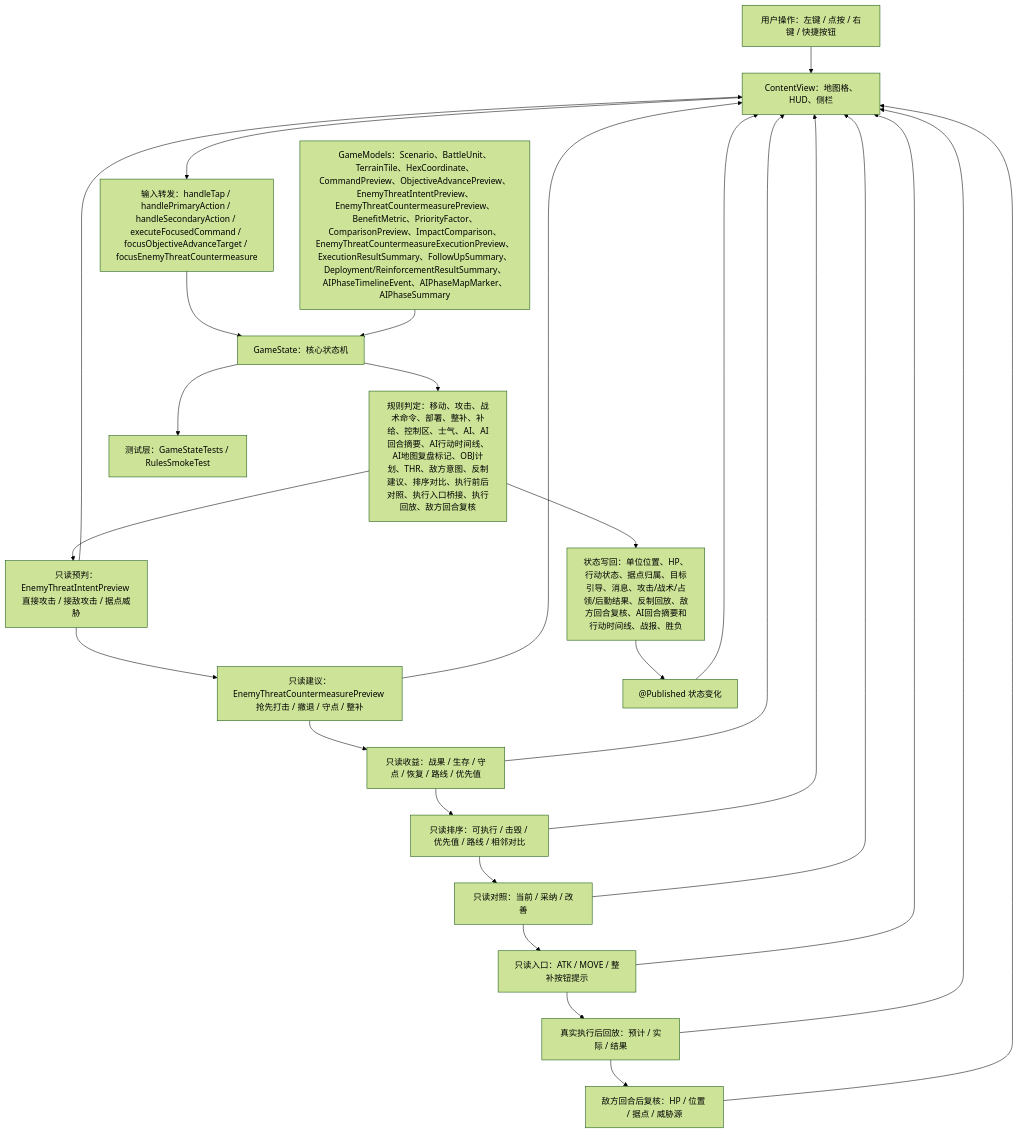
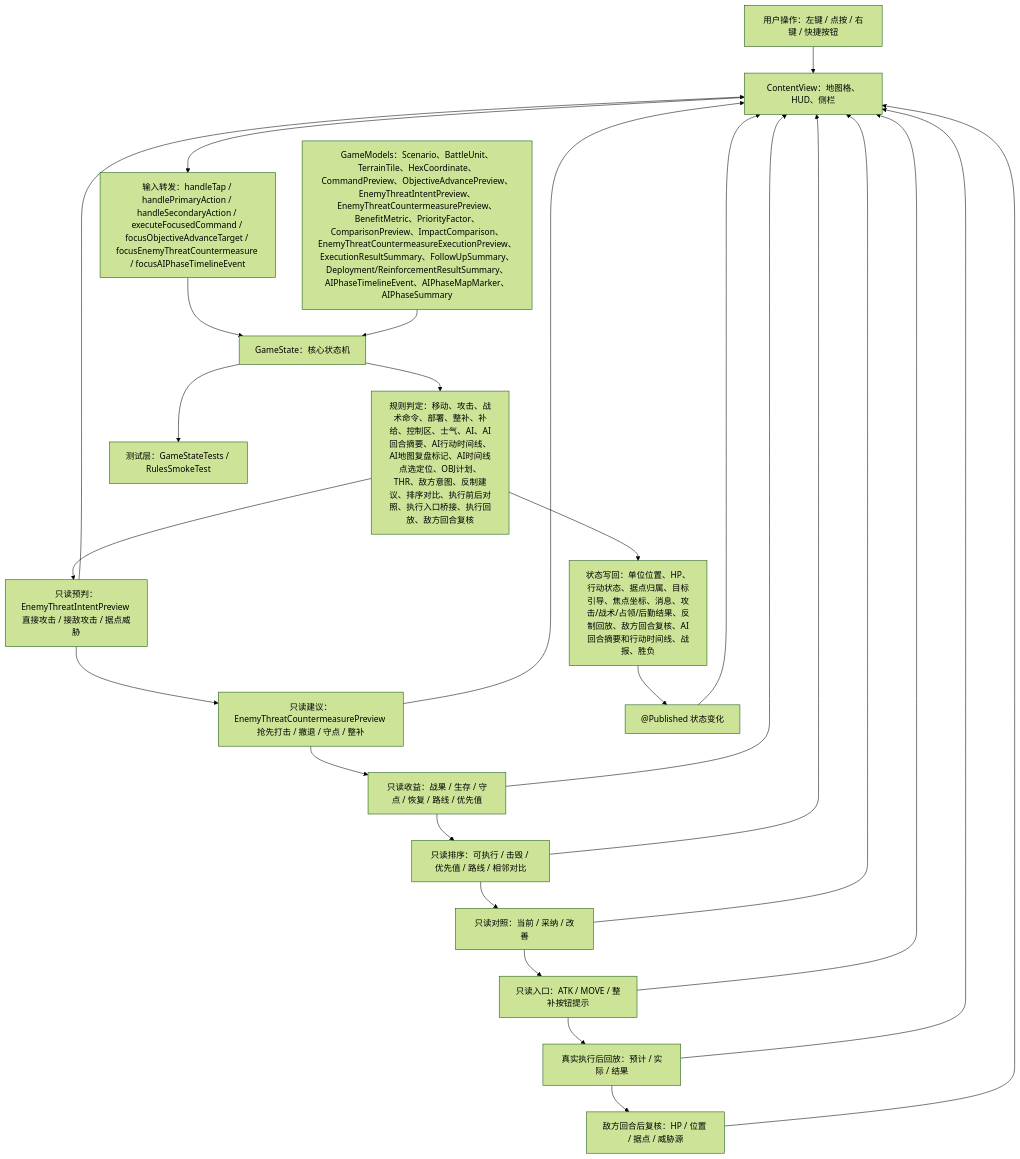
Before and after one commit to Altman-sam114/116: the first of 5 diagrams in md/flow/flowchart.md, drawn with Mermaid (forest theme). The commit also changed other lines of this file and 9 other files, not shown here.

````diff
--- a/md/flow/flowchart.md
+++ b/md/flow/flowchart.md
@@ -9,28 +9,28 @@
 ```mermaid
 flowchart TD
   U["用户操作：左键 / 点按 / 右键 / 快捷按钮"] --> V["ContentView：地图格、HUD、侧栏"]
-  V --> I["输入转发：handleTap / handlePrimaryAction / handleSecondaryAction / executeFocusedCommand / focusObjectiveAdvanceTarget / focusEnemyThreatCountermeasure"]
+  V --> I["输入转发：handleTap / handlePrimaryAction / handleSecondaryAction / executeFocusedCommand / focusObjectiveAdvanceTarget / focusEnemyThreatCountermeasure / focusAIPhaseTimelineEvent"]
   I --> S["GameState：核心状态机"]
   M["GameModels：Scenario、BattleUnit、TerrainTile、HexCoordinate、CommandPreview、ObjectiveAdvancePreview、EnemyThreatIntentPreview、EnemyThreatCountermeasurePreview、BenefitMetric、PriorityFactor、ComparisonPreview、ImpactComparison、EnemyThreatCountermeasureExecutionPreview、ExecutionResultSummary、FollowUpSummary、Deployment/ReinforcementResultSummary、AIPhaseTimelineEvent、AIPhaseMapMarker、AIPhaseSummary"] --> S
-  S --> R["规则判定：移动、攻击、战术命令、部署、整补、补给、控制区、士气、AI、AI回合摘要、AI行动时间线、AI地图复盘标记、OBJ计划、THR、敌方意图、反制建议、排序对比、执行前后对照、执行入口桥接、执行回放、敌方回合复核"]
-  R --> W["状态写回：单位位置、HP、行动状态、据点归属、目标引导、消息、攻击/战术/占领/后勤结果、反制回放、敌方回合复核、AI回合摘要和行动时间线、战报、胜负"]
+  S --> R["规则判定：移动、攻击、战术命令、部署、整补、补给、控制区、士气、AI、AI回合摘要、AI行动时间线、AI地图复盘标记、AI时间线点选定位、OBJ计划、THR、敌方意图、反制建议、排序对比、执行前后对照、执行入口桥接、执行回放、敌方回合复核"]
+  R --> W["状态写回：单位位置、HP、行动状态、据点归属、目标引导、焦点坐标、消息、攻击/战术/占领/后勤结果、反制回放、敌方回合复核、AI回合摘要和行动时间线、战报、胜负"]
   R --> EI["只读预判：EnemyThreatIntentPreview 直接攻击 / 接敌攻击 / 据点威胁"]
   EI --> EC["只读建议：EnemyThreatCountermeasurePreview 抢先打击 / 撤退 / 守点 / 整补"]
   EC --> BM["只读收益：战果 / 生存 / 守点 / 恢复 / 路线 / 优先值"]
   BM --> PC["只读排序：可执行 / 击毁 / 优先值 / 路线 / 相邻对比"]
   PC --> IP["只读对照：当前 / 采纳 / 改善"]
   IP --> EB["只读入口：ATK / MOVE / 整补按钮提示"]
   EB --> XR["真实执行后回放：预计 / 实际 / 结果"]
   XR --> FV["敌方回合后复核：HP / 位置 / 据点 / 威胁源"]
   W --> P["@Published 状态变化"]
   P --> V
   EI --> V
   EC --> V
   BM --> V
   PC --> V
   IP --> V
   EB --> V
   XR --> V
   FV --> V
   S --> T["测试层：GameStateTests / RulesSmokeTest"]
 ```
````
